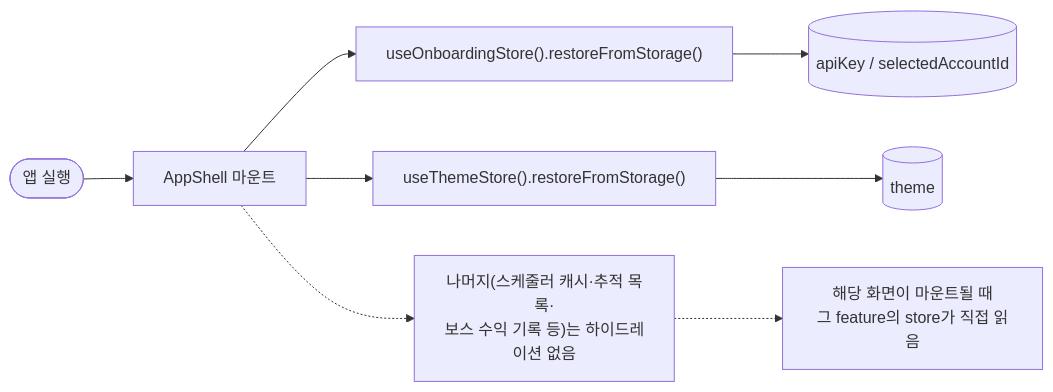
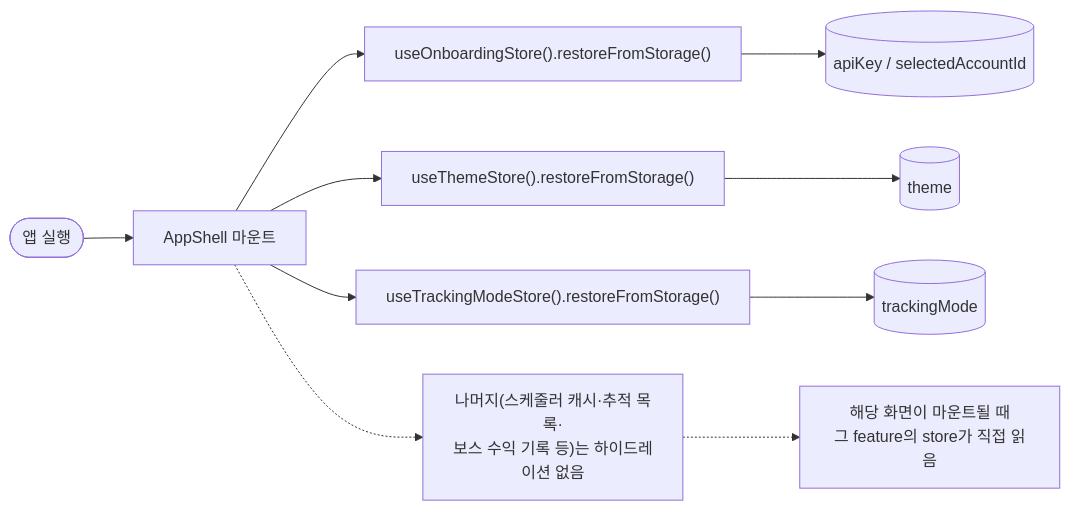
The first of 3 diagrams in docs/persistence/lifecycle.md (jini520/maple-routine), drawn with Mermaid before and after one commit. The commit also changed other lines of this file and 5 other files, not shown here.

Commit message:
feat(manual-tracking-mode): step 1 — tracking-mode-store

````diff
--- a/docs/persistence/lifecycle.md
+++ b/docs/persistence/lifecycle.md
@@ -9,10 +9,12 @@
 ```mermaid
 flowchart LR
     Start([앱 실행]) --> Shell[AppShell 마운트]
     Shell --> A["useOnboardingStore().restoreFromStorage()"]
     Shell --> B["useThemeStore().restoreFromStorage()"]
+    Shell --> C["useTrackingModeStore().restoreFromStorage()"]
     A --> P1[("apiKey / selectedAccountId")]
     B --> P2[("theme")]
+    C --> P3[("trackingMode")]
     Shell -.-> Lazy["나머지(스케줄러 캐시·추적 목록·\n보스 수익 기록 등)는 하이드레이션 없음"]
     Lazy -.-> Screen["해당 화면이 마운트될 때\n그 feature의 store가 직접 읽음"]
 ```
````
